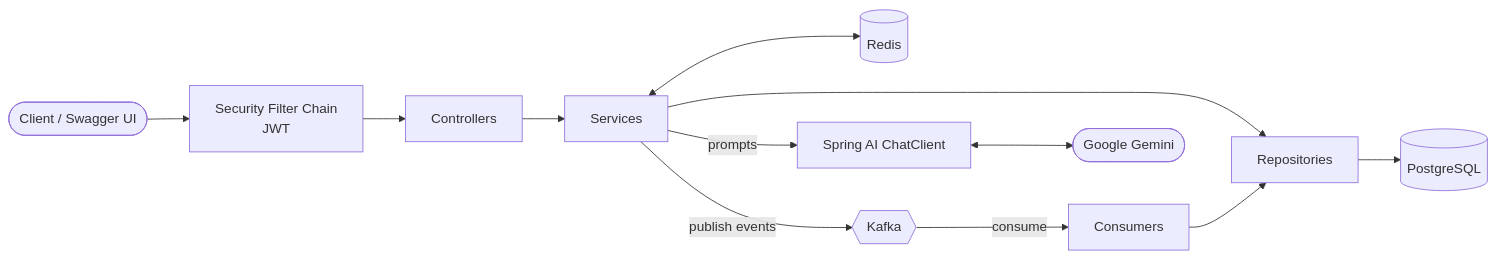
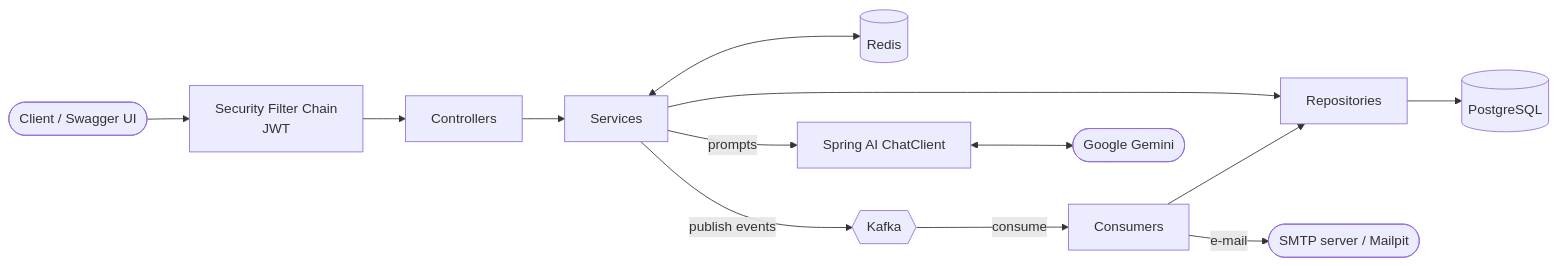
Before and after one commit to efeerturk7/intelliCar: the diagram in README.md, drawn with Mermaid. The commit also changed other lines of this file and 17 other files, not shown here.

````diff
--- a/README.md
+++ b/README.md
@@ -84,14 +87,15 @@
 ```mermaid
 flowchart LR
     Client([Client / Swagger UI]) --> Sec[Security Filter Chain<br/>JWT]
     Sec --> C[Controllers]
     C --> S[Services]
     S --> R[Repositories]
     R --> DB[(PostgreSQL)]
     S <--> Cache[(Redis)]
     S -- publish events --> K{{Kafka}}
     K -- consume --> CO[Consumers]
     CO --> R
+    CO -- e-mail --> SMTP([SMTP server / Mailpit])
     S -- prompts --> AI[Spring AI ChatClient]
     AI <--> G([Google Gemini])
 ```
````
